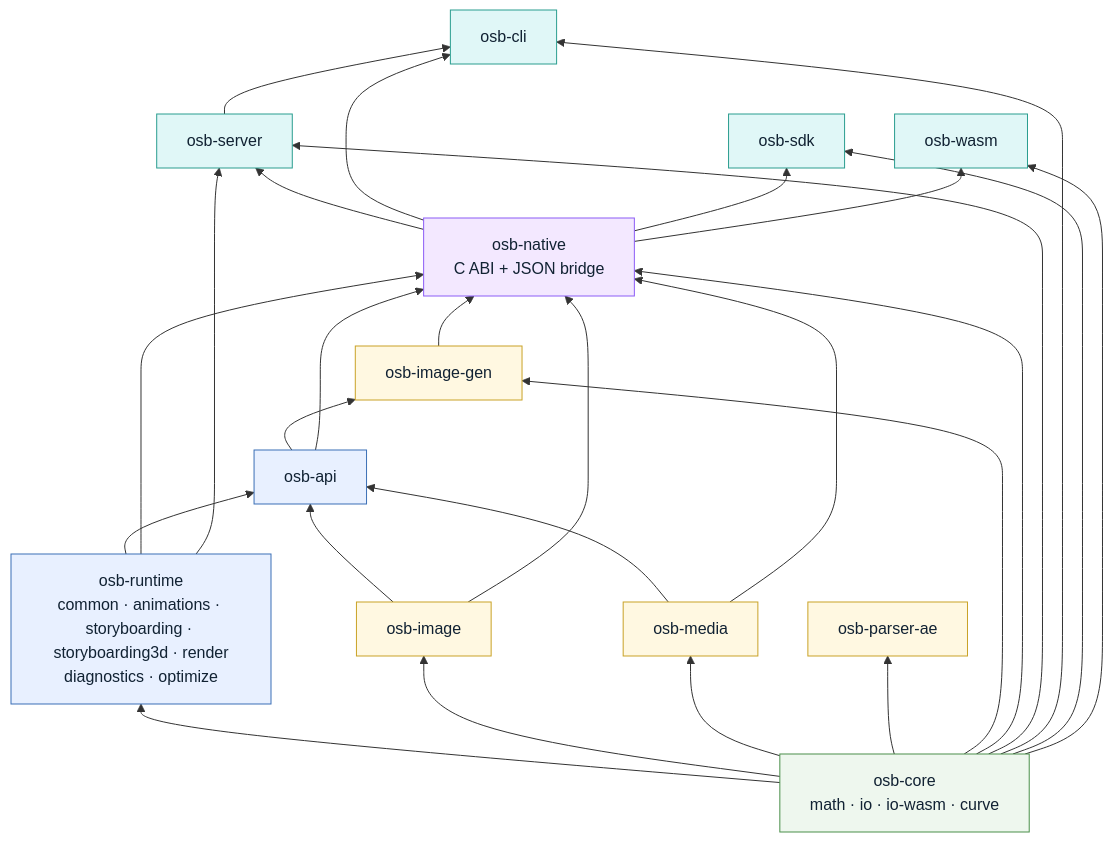
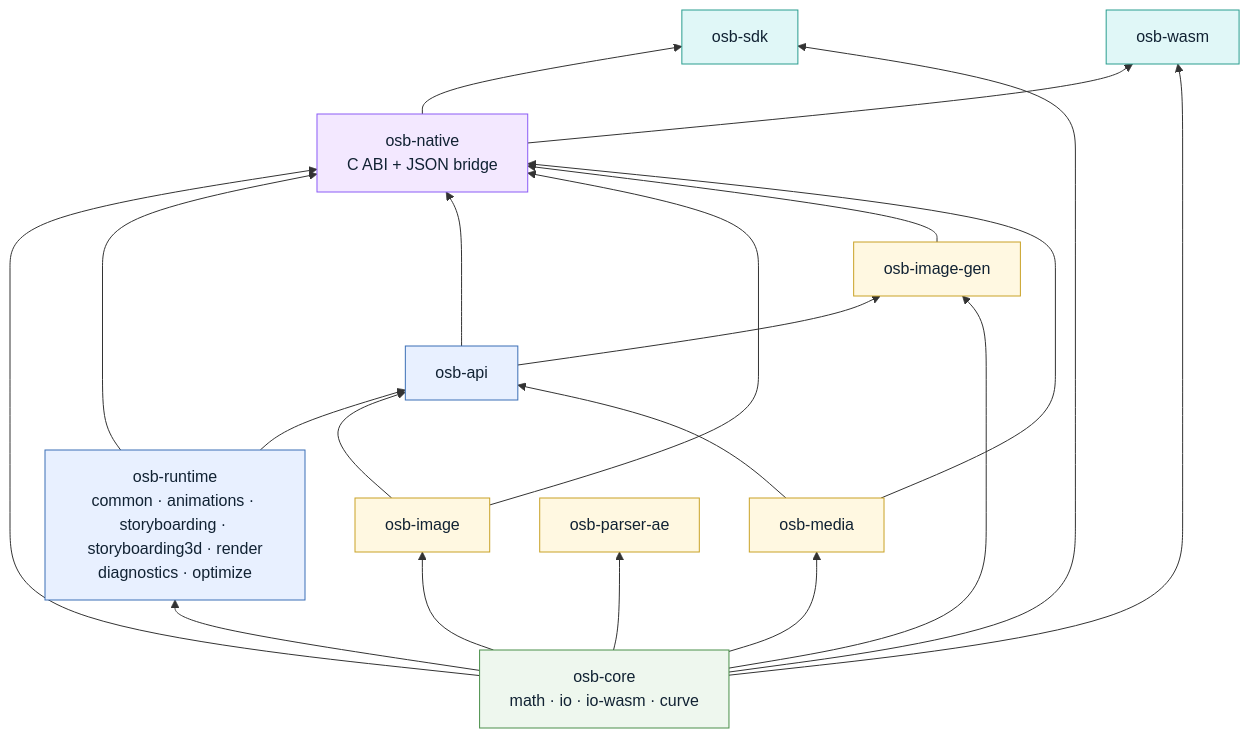
The diagram in docs/architecture/02-crates.mmd (tochiResources/osb-toolkit), drawn with Mermaid before and after one commit. The commit also changed 20 other files, not shown here.

First line of the commit message:
refactor: move osb-server and osb-cli into osb-to-plugin

```diff
--- a/docs/architecture/02-crates.mmd
+++ b/docs/architecture/02-crates.mmd
@@ -1,49 +1,41 @@
 flowchart BT
     classDef base fill:#eef7ee,stroke:#4a8f4a,color:#123
     classDef core fill:#e8f0ff,stroke:#3b6fb6,color:#123
     classDef lib fill:#fff8e1,stroke:#c9a227,color:#123
     classDef surf fill:#e0f7f7,stroke:#2a9d8f,color:#123
     classDef entry fill:#f3e8ff,stroke:#8b5cf6,color:#123
 
     core["osb-core<br/>math · io · io-wasm · curve"]:::base
 
     runtime["osb-runtime<br/>common · animations · storyboarding · storyboarding3d · render<br/>diagnostics · optimize"]:::core
     api["osb-api"]:::core
     image["osb-image"]:::lib
     imagegen["osb-image-gen"]:::lib
     media["osb-media"]:::lib
     parser["osb-parser-ae"]:::lib
 
     native["osb-native<br/>C ABI + JSON bridge"]:::entry
-    server["osb-server"]:::surf
-    cli["osb-cli"]:::surf
     sdk["osb-sdk"]:::surf
     wasm["osb-wasm"]:::surf
 
     core --> runtime
     runtime --> api
     api --> imagegen
     core --> image
     core --> media
     core --> parser
     core --> imagegen
     image --> api
     media --> api
 
     core --> native
     runtime --> native
     api --> native
     image --> native
     imagegen --> native
     media --> native
 
-    native --> server
-    core --> server
-    runtime --> server
-    native --> cli
-    core --> cli
-    server --> cli
     native --> sdk
     core --> sdk
     native --> wasm
     core --> wasm
```
